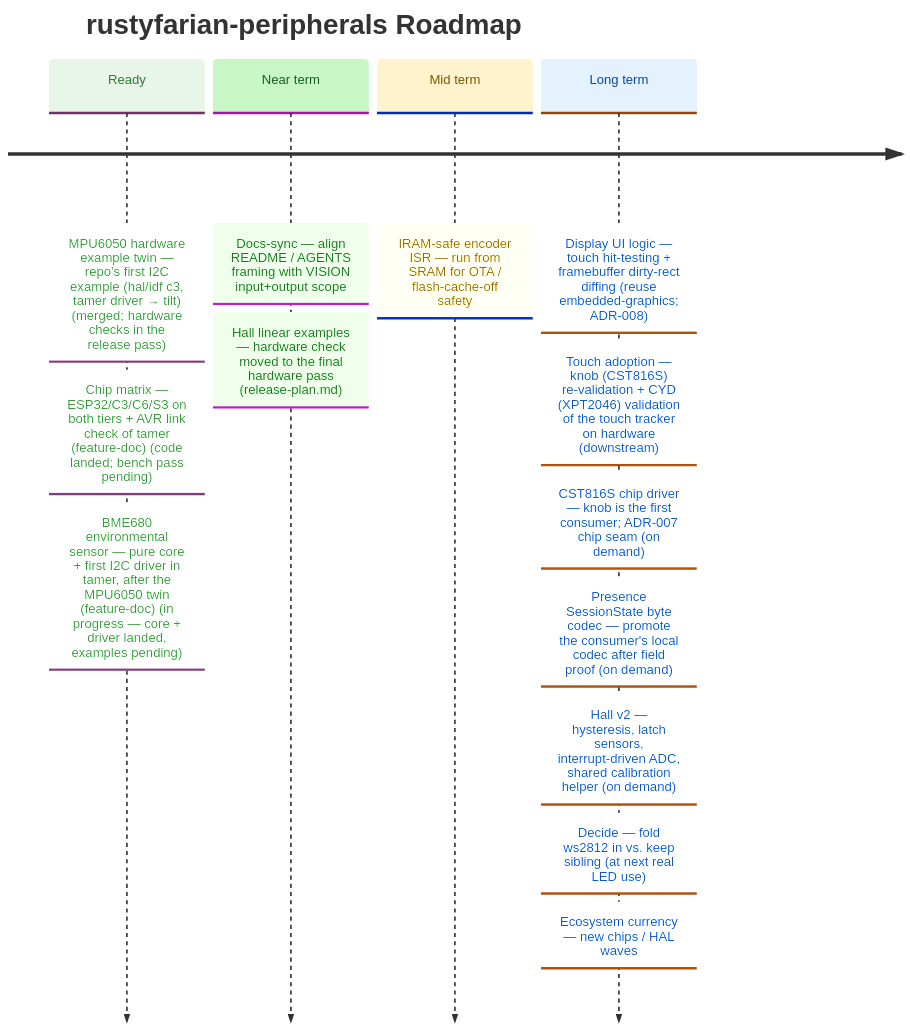
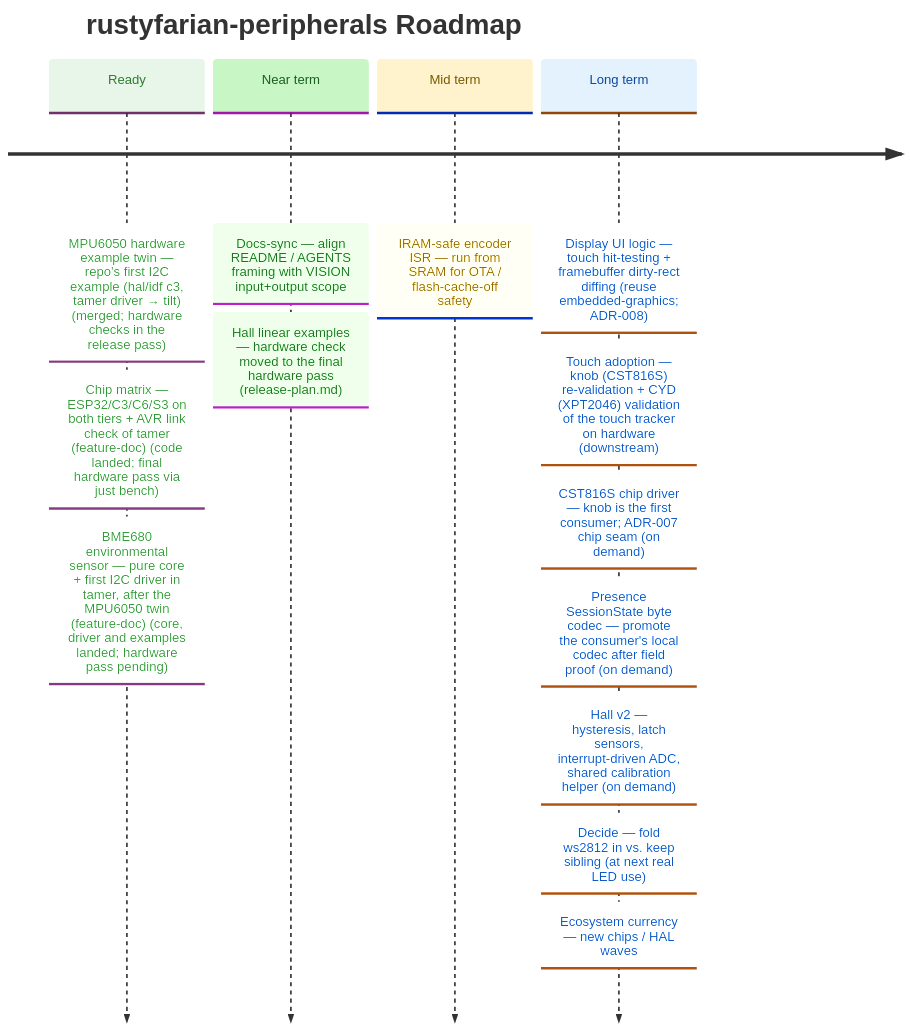
One commit to datenkollektiv/rustyfarian-peripherals changed the diagram in docs/ROADMAP.md. Above: the diagram before and after it, drawn with Mermaid. The commit also changed other lines of this file and 44 other files, not shown here.

Commit message:
Adopt rustyfarian-bench for guided on-device checks on both tiers

````diff
--- a/docs/ROADMAP.md
+++ b/docs/ROADMAP.md
@@ -10,35 +10,35 @@
 ```mermaid
 %%{init: {
   "theme": "base",
   "themeVariables": {
     "cScale0": "#e8f5e9",
     "cScaleLabel0": "#2e7d32",
     "cScale1": "#c8f7c5",
     "cScaleLabel1": "#1b5e20",
     "cScale2": "#fff3cd",
     "cScaleLabel2": "#7a5a00",
     "cScale3": "#e3f2fd",
     "cScaleLabel3": "#0d47a1"
   }
 }}%%
 
 timeline
     title rustyfarian-peripherals Roadmap
 
     Ready     : MPU6050 hardware example twin — repo's first I2C example (hal/idf c3, tamer driver → tilt) (merged; hardware checks in the release pass)
-              : Chip matrix — ESP32/C3/C6/S3 on both tiers + AVR link check of tamer (feature-doc) (code landed; bench pass pending)
-              : BME680 environmental sensor — pure core + first I2C driver in tamer, after the MPU6050 twin (feature-doc) (in progress — core + driver landed, examples pending)
+              : Chip matrix — ESP32/C3/C6/S3 on both tiers + AVR link check of tamer (feature-doc) (code landed; final hardware pass via just bench)
+              : BME680 environmental sensor — pure core + first I2C driver in tamer, after the MPU6050 twin (feature-doc) (core, driver and examples landed; hardware pass pending)
 
     Near term : Docs-sync — align README / AGENTS framing with VISION input+output scope
               : Hall linear examples — hardware check moved to the final hardware pass (release-plan.md)
 
     Mid term  : IRAM-safe encoder ISR — run from SRAM for OTA / flash-cache-off safety
 
     Long term : Display UI logic — touch hit-testing + framebuffer dirty-rect diffing (reuse embedded-graphics; ADR-008)
               : Touch adoption — knob (CST816S) re-validation + CYD (XPT2046) validation of the touch tracker on hardware (downstream)
               : CST816S chip driver — knob is the first consumer; ADR-007 chip seam (on demand)
               : Presence SessionState byte codec — promote the consumer's local codec after field proof (on demand)
               : Hall v2 — hysteresis, latch sensors, interrupt-driven ADC, shared calibration helper (on demand)
               : Decide — fold ws2812 in vs. keep sibling (at next real LED use)
               : Ecosystem currency — new chips / HAL waves
 ```
````
